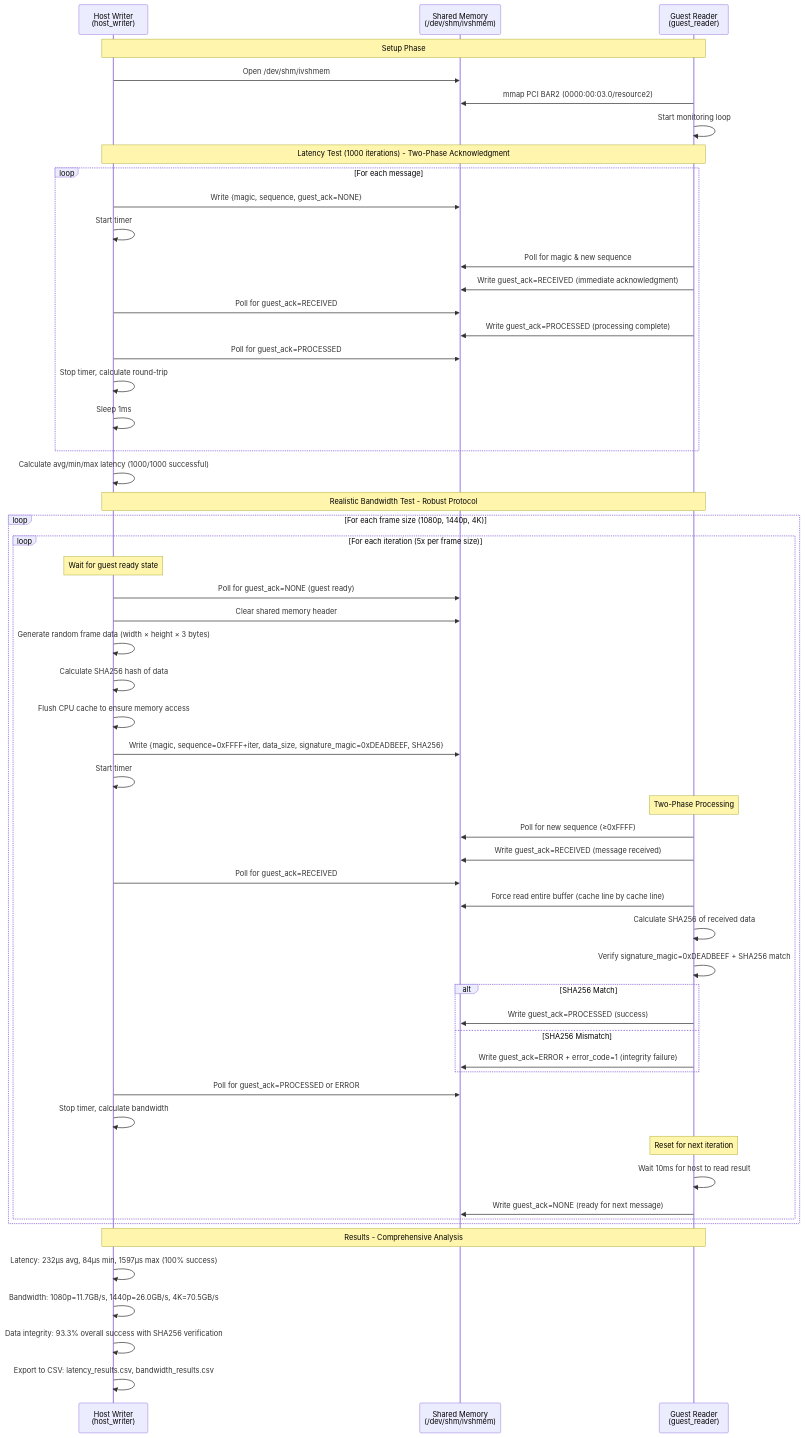
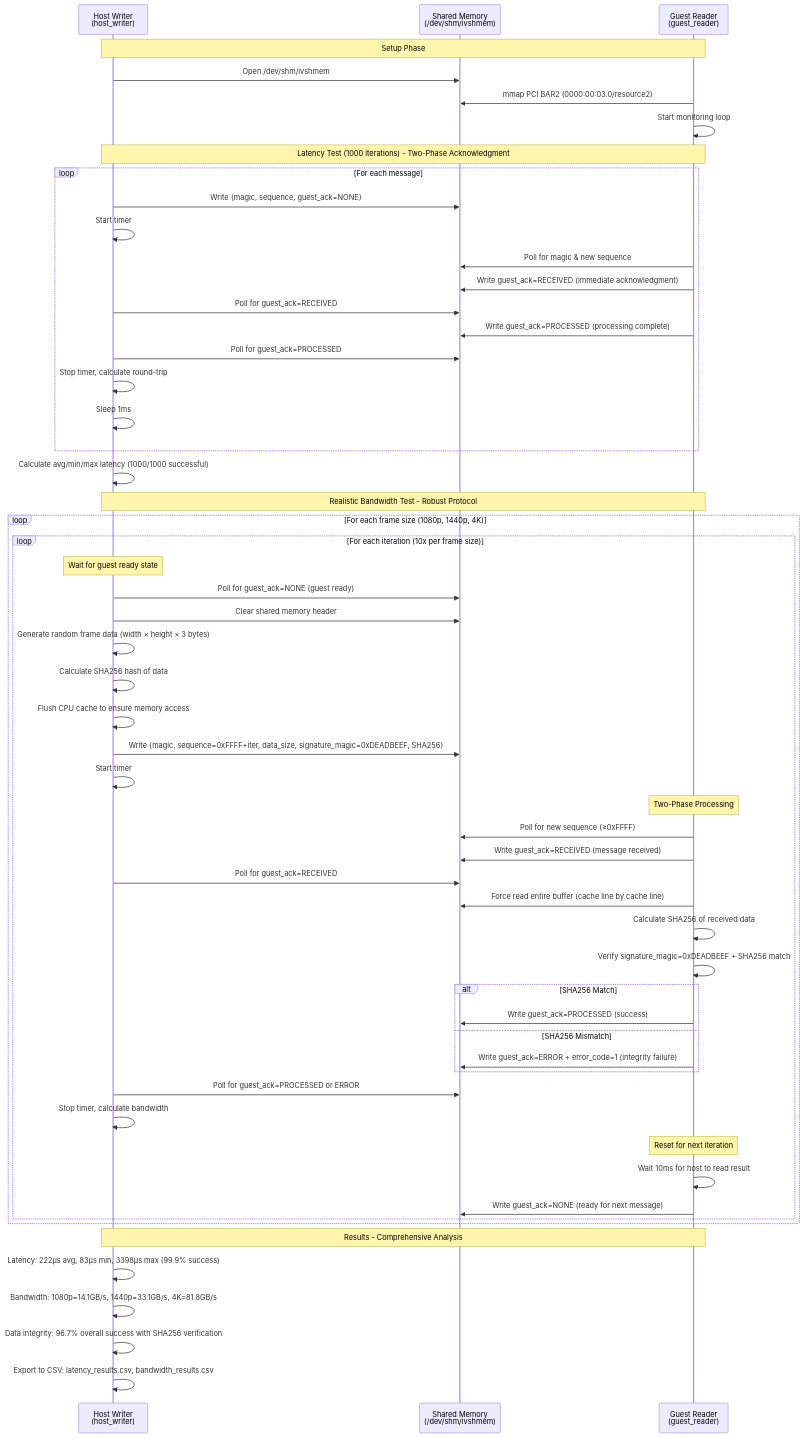
One commit to hugoferreira/ivshmem-analysis changed the diagram in README.md. Above: the diagram before and after it, drawn with Mermaid. The commit also changed other lines of this file and 1 other file, not shown here.

First line of the commit message:
Improve random data generation and update performance metrics in README

````diff
--- a/README.md
+++ b/README.md
@@ -279,67 +279,67 @@
 ```mermaid
 sequenceDiagram
     participant H as Host Writer<br/>(host_writer)
     participant M as Shared Memory<br/>(/dev/shm/ivshmem)
     participant G as Guest Reader<br/>(guest_reader)
     
     Note over H,G: Setup Phase
     H->>M: Open /dev/shm/ivshmem
     G->>M: mmap PCI BAR2 (0000:00:03.0/resource2)
     G->>G: Start monitoring loop
     
     Note over H,G: Latency Test (1000 iterations) - Two-Phase Acknowledgment
     loop For each message
         H->>M: Write {magic, sequence, guest_ack=NONE}
         H->>H: Start timer
         G->>M: Poll for magic & new sequence
         G->>M: Write guest_ack=RECEIVED (immediate acknowledgment)
         H->>M: Poll for guest_ack=RECEIVED
         G->>M: Write guest_ack=PROCESSED (processing complete)
         H->>M: Poll for guest_ack=PROCESSED
         H->>H: Stop timer, calculate round-trip
         H->>H: Sleep 1ms
     end
     H->>H: Calculate avg/min/max latency (1000/1000 successful)
     
     Note over H,G: Realistic Bandwidth Test - Robust Protocol
     loop For each frame size (1080p, 1440p, 4K)
-        loop For each iteration (5x per frame size)
+        loop For each iteration (10x per frame size)
             Note over H: Wait for guest ready state
             H->>M: Poll for guest_ack=NONE (guest ready)
             H->>M: Clear shared memory header
             H->>H: Generate random frame data (width × height × 3 bytes)
             H->>H: Calculate SHA256 hash of data
             H->>H: Flush CPU cache to ensure memory access
             H->>M: Write {magic, sequence=0xFFFF+iter, data_size, signature_magic=0xDEADBEEF, SHA256}
             H->>H: Start timer
             
             Note over G: Two-Phase Processing
             G->>M: Poll for new sequence (≥0xFFFF)
             G->>M: Write guest_ack=RECEIVED (message received)
             H->>M: Poll for guest_ack=RECEIVED
             
             G->>M: Force read entire buffer (cache line by cache line)
             G->>G: Calculate SHA256 of received data
             G->>G: Verify signature_magic=0xDEADBEEF + SHA256 match
             
             alt SHA256 Match
                 G->>M: Write guest_ack=PROCESSED (success)
             else SHA256 Mismatch
                 G->>M: Write guest_ack=ERROR + error_code=1 (integrity failure)
             end
             
             H->>M: Poll for guest_ack=PROCESSED or ERROR
             H->>H: Stop timer, calculate bandwidth
             
             Note over G: Reset for next iteration
             G->>G: Wait 10ms for host to read result
             G->>M: Write guest_ack=NONE (ready for next message)
         end
     end
     
     Note over H,G: Results - Comprehensive Analysis
-    H->>H: Latency: 232µs avg, 84µs min, 1597µs max (100% success)
-    H->>H: Bandwidth: 1080p=11.7GB/s, 1440p=26.0GB/s, 4K=70.5GB/s
-    H->>H: Data integrity: 93.3% overall success with SHA256 verification
+    H->>H: Latency: 222µs avg, 83µs min, 3398µs max (99.9% success)
+    H->>H: Bandwidth: 1080p=14.1GB/s, 1440p=33.1GB/s, 4K=81.8GB/s
+    H->>H: Data integrity: 96.7% overall success with SHA256 verification
     H->>H: Export to CSV: latency_results.csv, bandwidth_results.csv
 ```
````
